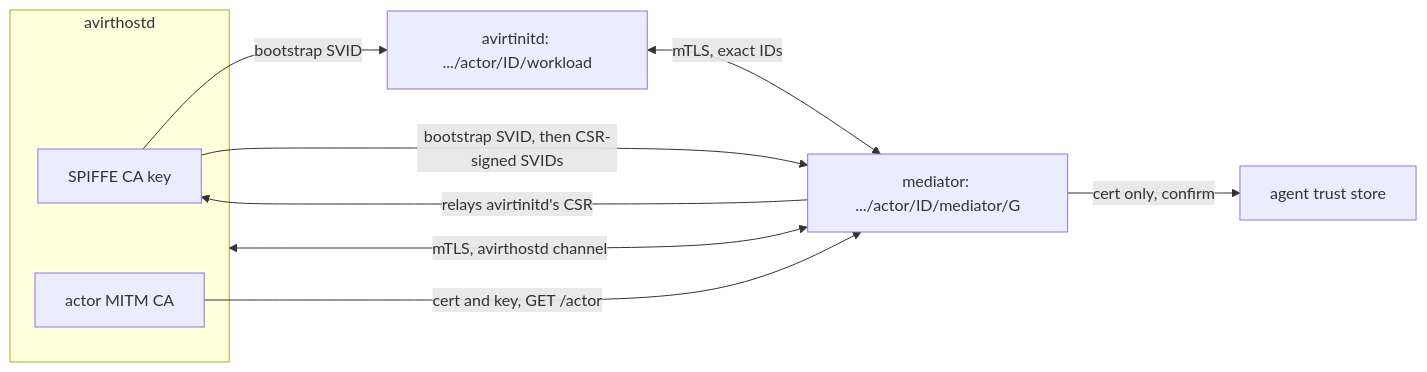
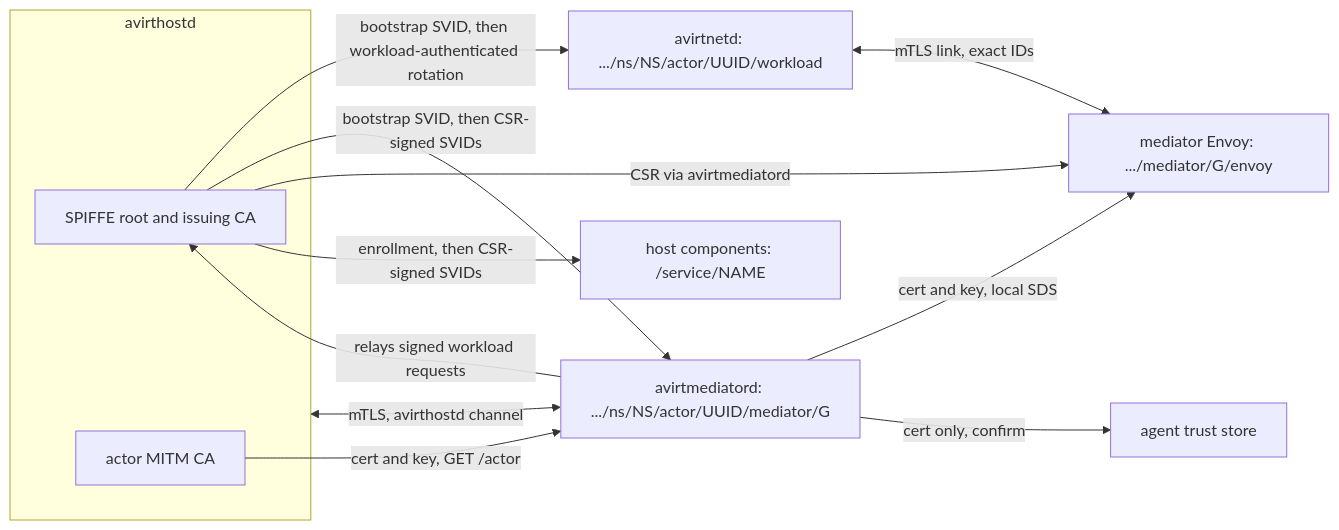
One commit to tbhb-dev/avirt changed the second of 2 diagrams in docs/identity.md. Above: the diagram before and after it, drawn with Mermaid. The commit also changed other lines of this file and 32 other files, not shown here.

First line of the commit message:
docs: plan the avirt component architecture and workspaces

````diff
--- a/docs/identity.md
+++ b/docs/identity.md
@@ -121,14 +155,17 @@
 ```mermaid
 flowchart LR
     subgraph hostd["avirthostd"]
-        sca["SPIFFE CA key"]
+        sca["SPIFFE root and issuing CA"]
         mca["actor MITM CA"]
     end
-    sca -->|"bootstrap SVID"| wl["avirtinitd: .../actor/ID/workload"]
-    sca -->|"bootstrap SVID, then CSR-signed SVIDs"| med["mediator: .../actor/ID/mediator/G"]
-    med -->|"relays avirtinitd's CSR"| sca
+    sca -->|"bootstrap SVID, then workload-authenticated rotation"| wl["avirtnetd: .../ns/NS/actor/UUID/workload"]
+    sca -->|"bootstrap SVID, then CSR-signed SVIDs"| med["avirtmediatord: .../ns/NS/actor/UUID/mediator/G"]
+    sca -->|"CSR via avirtmediatord"| env["mediator Envoy: .../mediator/G/envoy"]
+    sca -->|"enrollment, then CSR-signed SVIDs"| svc["host components: /service/NAME"]
+    med -->|"relays signed workload requests"| sca
     mca -->|"cert and key, GET /actor"| med
+    med -->|"cert and key, local SDS"| env
     med -->|"cert only, confirm"| agent["agent trust store"]
-    wl <-->|"mTLS, exact IDs"| med
+    wl <-->|"mTLS link, exact IDs"| env
     med <-->|"mTLS, avirthostd channel"| hostd
 ```
````
